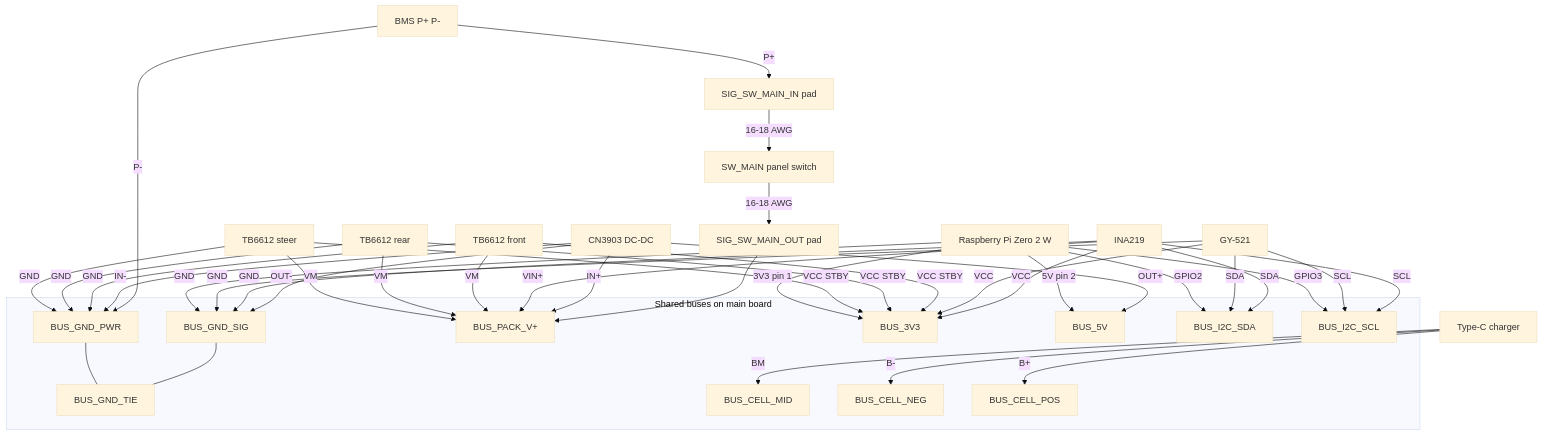
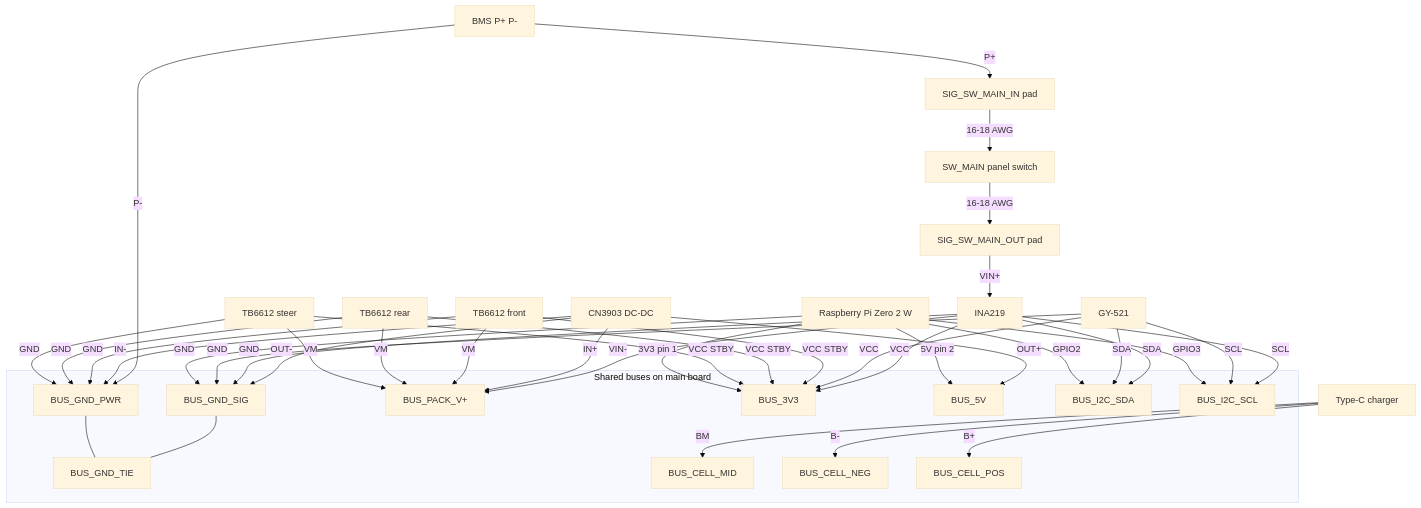
Before and after one commit to Aspience/fpv-rover: the third of 9 diagrams in SCHEMA.md, drawn with Mermaid (base theme). The commit also changed other lines of this file and 1 other file, not shown here.

Commit message:
Update README / SCHEMA

````diff
--- a/SCHEMA.md
+++ b/SCHEMA.md
@@ -125,73 +126,73 @@
 ```mermaid
 flowchart TB
   subgraph buses [Shared buses on main board]
     GND_SIG[BUS_GND_SIG]
     GND_PWR[BUS_GND_PWR]
     GND_TIE[BUS_GND_TIE]
     BUS_PACK[BUS_PACK_V+]
     BUS_3V3[BUS_3V3]
     BUS_5V[BUS_5V]
     BUS_SDA[BUS_I2C_SDA]
     BUS_SCL[BUS_I2C_SCL]
     BUS_MID[BUS_CELL_MID]
     BUS_CNEG[BUS_CELL_NEG]
     BUS_CPOS[BUS_CELL_POS]
   end
 
   BMS[BMS P+ P-]
   SW_IN[SIG_SW_MAIN_IN pad]
   SW[SW_MAIN panel switch]
   SW_OUT[SIG_SW_MAIN_OUT pad]
   BEC[CN3903 DC-DC]
   INA[INA219]
   IMU[GY-521]
   DRV1[TB6612 front]
   DRV2[TB6612 rear]
   DRV3[TB6612 steer]
   CHG[Type-C charger]
   PI[Raspberry Pi Zero 2 W]
 
   GND_SIG --- GND_TIE
   GND_PWR --- GND_TIE
 
   BMS -->|P+| SW_IN
   SW_IN -->|16-18 AWG| SW
   SW -->|16-18 AWG| SW_OUT
-  SW_OUT --> BUS_PACK
+  SW_OUT -->|VIN+| INA
+  INA -->|VIN-| BUS_PACK
   BMS -->|P-| GND_PWR
   BEC -->|IN+| BUS_PACK
   BEC -->|IN-| GND_PWR
   BEC -->|OUT+| BUS_5V
   BEC -->|OUT-| GND_SIG
 
   INA -->|VCC| BUS_3V3
   INA -->|GND| GND_SIG
-  INA -->|VIN+| BUS_PACK
   INA -->|SDA| BUS_SDA
   INA -->|SCL| BUS_SCL
 
   IMU -->|VCC| BUS_3V3
   IMU -->|GND| GND_SIG
   IMU -->|SDA| BUS_SDA
   IMU -->|SCL| BUS_SCL
 
   DRV1 -->|VM| BUS_PACK
   DRV1 -->|VCC STBY| BUS_3V3
   DRV1 -->|GND| GND_PWR
   DRV2 -->|VM| BUS_PACK
   DRV2 -->|VCC STBY| BUS_3V3
   DRV2 -->|GND| GND_PWR
   DRV3 -->|VM| BUS_PACK
   DRV3 -->|VCC STBY| BUS_3V3
   DRV3 -->|GND| GND_PWR
 
   CHG -->|B-| BUS_CNEG
   CHG -->|BM| BUS_MID
   CHG -->|B+| BUS_CPOS
 
   PI -->|3V3 pin 1| BUS_3V3
   PI -->|5V pin 2| BUS_5V
   PI -->|GND| GND_SIG
   PI -->|GPIO2| BUS_SDA
   PI -->|GPIO3| BUS_SCL
 ```
````
